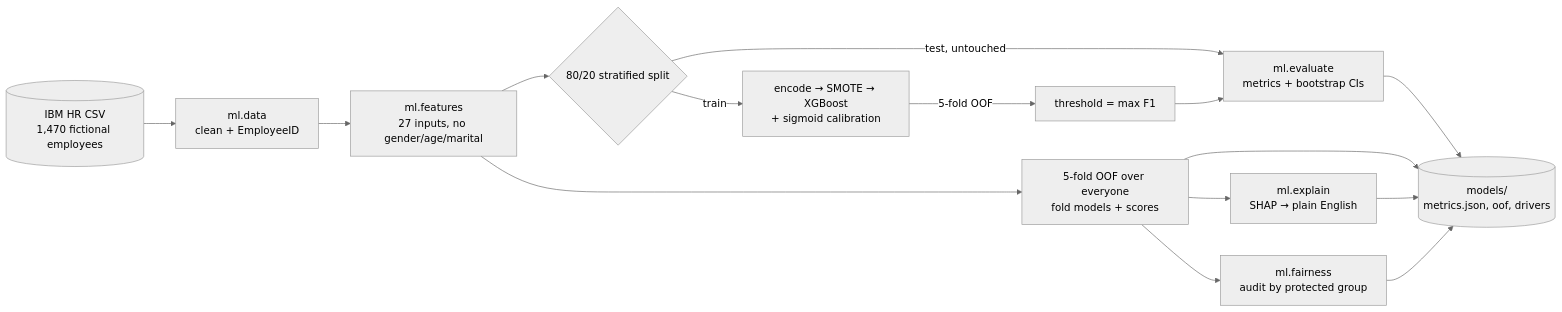
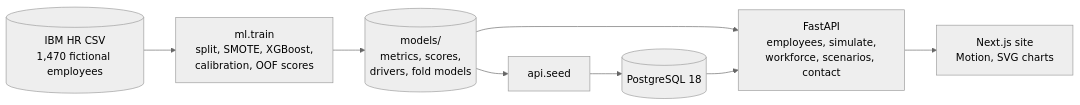
Before and after one commit to AniruddhasGit/Employee-attrition: the diagram in README.md, drawn with Mermaid (neutral theme). The commit also changed other lines of this file and 24 other files, not shown here.

````diff
--- a/README.md
+++ b/README.md
@@ -46,14 +91,10 @@
 ```mermaid
 flowchart LR
-    CSV[(IBM HR CSV<br/>1,470 fictional employees)] --> D[ml.data<br/>clean + EmployeeID]
-    D --> F[ml.features<br/>27 inputs, no gender/age/marital]
-    F --> S{80/20 stratified split}
-    S -->|train| P[encode → SMOTE → XGBoost<br/>+ sigmoid calibration]
-    P -->|5-fold OOF| T[threshold = max F1]
-    S -->|test, untouched| E[ml.evaluate<br/>metrics + bootstrap CIs]
-    T --> E
-    F --> O[5-fold OOF over everyone<br/>fold models + scores]
-    O --> X[ml.explain<br/>SHAP → plain English]
-    O --> R[ml.fairness<br/>audit by protected group]
-    E & O & X & R --> M[(models/<br/>metrics.json, oof, drivers)]
+    CSV[(IBM HR CSV<br/>1,470 fictional employees)] --> T[ml.train<br/>split, SMOTE, XGBoost,<br/>calibration, OOF scores]
+    T --> M[(models/<br/>metrics, scores,<br/>drivers, fold models)]
+    M --> S[api.seed]
+    S --> DB[(PostgreSQL 18)]
+    M --> API[FastAPI<br/>employees, simulate,<br/>workforce, scenarios, contact]
+    DB --> API
+    API --> WEB[Next.js site<br/>Motion, SVG charts]
 ```
````
